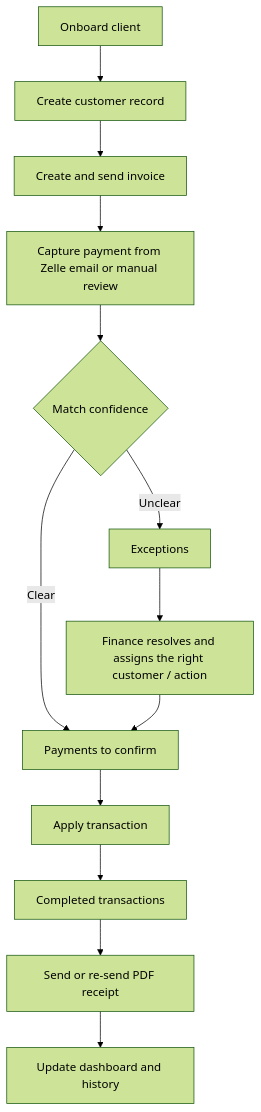
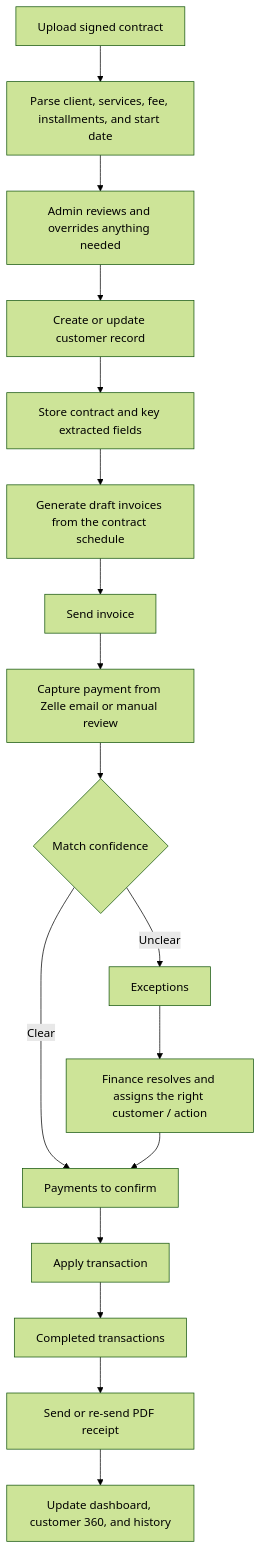
One commit to dlk710/setu-finance changed the first of 2 diagrams in docs/process-flow.md. Above: the diagram before and after it, drawn with Mermaid (forest theme). The commit also changed other lines of this file and 20 other files, not shown here.

````diff
--- a/docs/process-flow.md
+++ b/docs/process-flow.md
@@ -7,15 +7,19 @@
 ```mermaid
 flowchart TD
-    A["Onboard client"] --> B["Create customer record"]
-    B --> C["Create and send invoice"]
-    C --> D["Capture payment from Zelle email or manual review"]
-    D --> E{"Match confidence"}
-    E -->|"Clear"| F["Payments to confirm"]
-    E -->|"Unclear"| G["Exceptions"]
-    G --> H["Finance resolves and assigns the right customer / action"]
-    H --> F
-    F --> I["Apply transaction"]
-    I --> J["Completed transactions"]
-    J --> K["Send or re-send PDF receipt"]
-    K --> L["Update dashboard and history"]
+    A["Upload signed contract"] --> B["Parse client, services, fee, installments, and start date"]
+    B --> C["Admin reviews and overrides anything needed"]
+    C --> D["Create or update customer record"]
+    D --> E["Store contract and key extracted fields"]
+    E --> F["Generate draft invoices from the contract schedule"]
+    F --> G["Send invoice"]
+    G --> H["Capture payment from Zelle email or manual review"]
+    H --> I{"Match confidence"}
+    I -->|"Clear"| J["Payments to confirm"]
+    I -->|"Unclear"| K["Exceptions"]
+    K --> L["Finance resolves and assigns the right customer / action"]
+    L --> J
+    J --> M["Apply transaction"]
+    M --> N["Completed transactions"]
+    N --> O["Send or re-send PDF receipt"]
+    O --> P["Update dashboard, customer 360, and history"]
 ```
````
